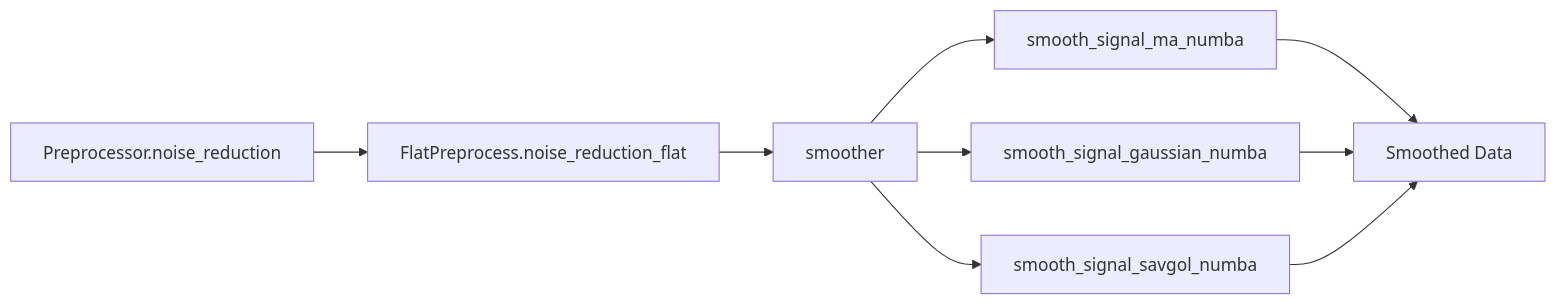
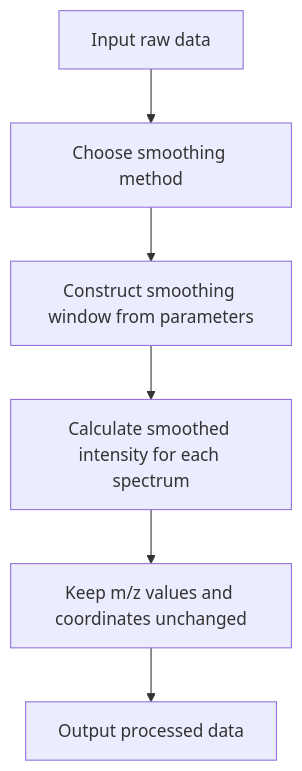
Before and after one commit to NeoNexusX/MassFlow: the diagram in docs/en/noise_reduction.md, drawn with Mermaid. The commit also changed other lines of this file and 20 other files, not shown here.

````diff
--- a/docs/en/noise_reduction.md
+++ b/docs/en/noise_reduction.md
@@ -20,11 +100,8 @@
 ```mermaid
-graph LR
-  A["Preprocessor.noise_reduction"] --> B["FlatPreprocess.noise_reduction_flat"]
-  B --> C["smoother"]
-  C --> D["smooth_signal_ma_numba"]
-  C --> E["smooth_signal_gaussian_numba"]
-  C --> F["smooth_signal_savgol_numba"]
-  D --> G["Smoothed Data"]
-  E --> G
-  F --> G
+graph TD
+  A["Input raw data"] --> B["Choose smoothing method"]
+  B --> C["Construct smoothing window from parameters"]
+  C --> D["Calculate smoothed intensity for each spectrum"]
+  D --> E["Keep m/z values and coordinates unchanged"]
+  E --> F["Output processed data"]
 ```
````
